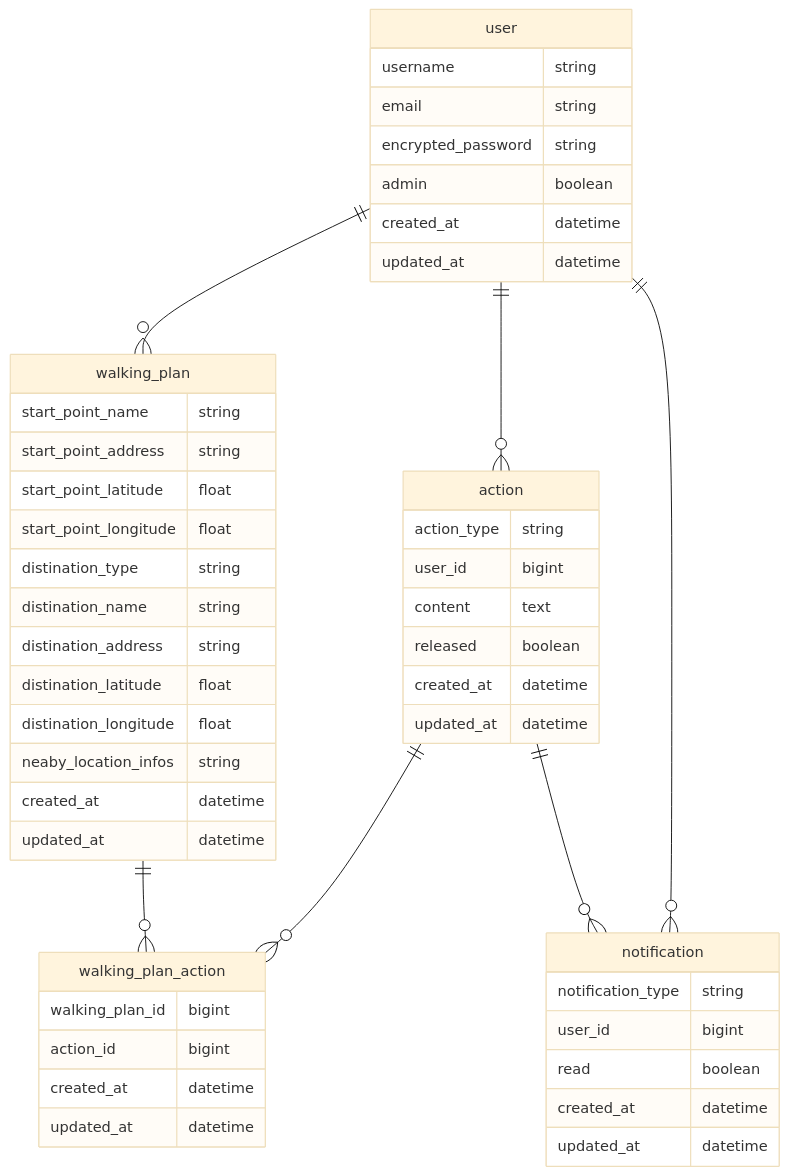
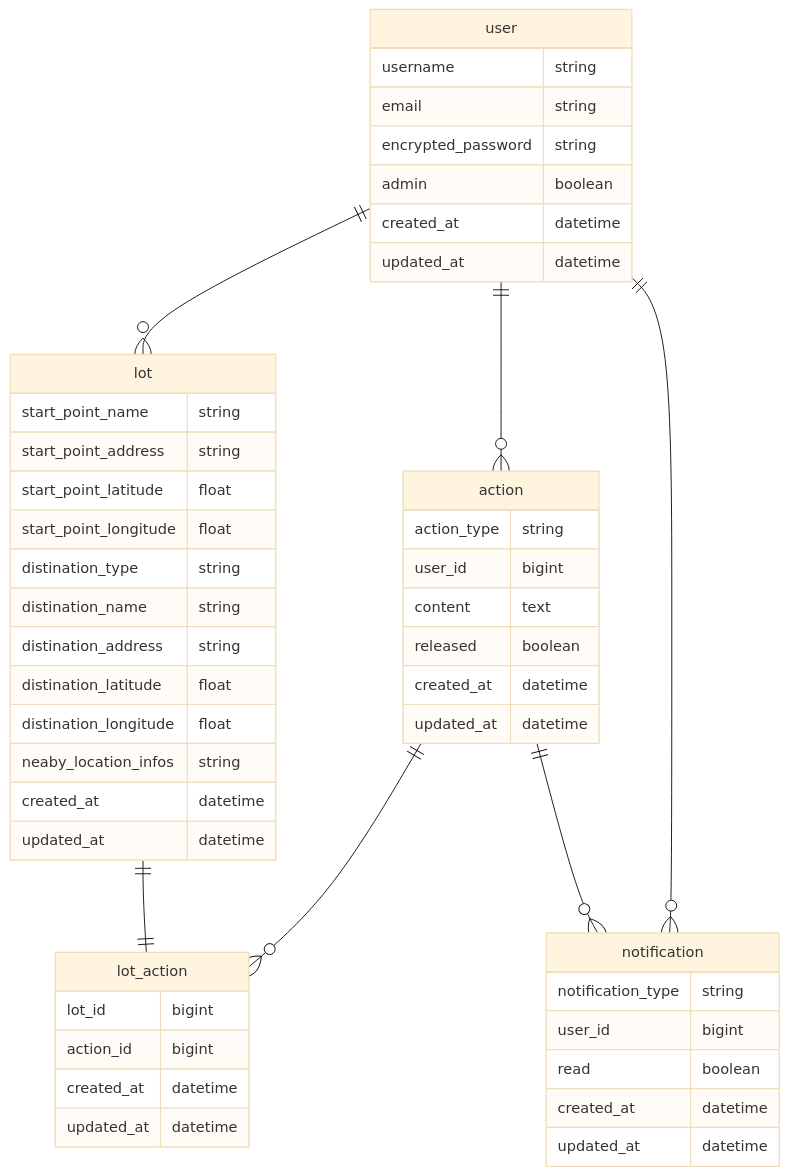
Before and after one commit to satoshitodaka/my_portfolio: the diagram in 散歩くじ/summary.md, drawn with Mermaid (base theme). The commit also changed other lines of this file, not shown here.

Commit message:
add エンドポイントの追加、ER図の更新など

````diff
--- a/散歩くじ/summary.md
+++ b/散歩くじ/summary.md
@@ -78,58 +71,58 @@
 ```mermaid
 erDiagram
 
-user ||--o{ walking_plan: ""
+user ||--o{ lot: ""
 user ||--o{ action: ""
 user ||--o{ notification: ""
-walking_plan ||--o{ walking_plan_action: ""
-action ||--o{ walking_plan_action: ""
+lot ||--|| lot_action: ""
+action ||--o{ lot_action: ""
 action ||--o{ notification: ""
 
 user {
     username string
     email string
     encrypted_password string
     admin boolean
     created_at datetime
     updated_at datetime
 }
 
-walking_plan {
+lot {
     start_point_name string
     start_point_address string
     start_point_latitude float
     start_point_longitude float
     distination_type string
     distination_name string
     distination_address string
     distination_latitude float
     distination_longitude float
     neaby_location_infos string
     created_at datetime
     updated_at datetime
 }
 
 action {
   action_type string
   user_id bigint
   content text
   released boolean
   created_at datetime
   updated_at datetime
 }
 
-walking_plan_action {
-  walking_plan_id bigint
+lot_action {
+  lot_id bigint
   action_id bigint
   created_at datetime
   updated_at datetime
 }
 
 notification {
   notification_type string
   user_id bigint
   read boolean
   created_at datetime
   updated_at datetime
 }
 ```
````
